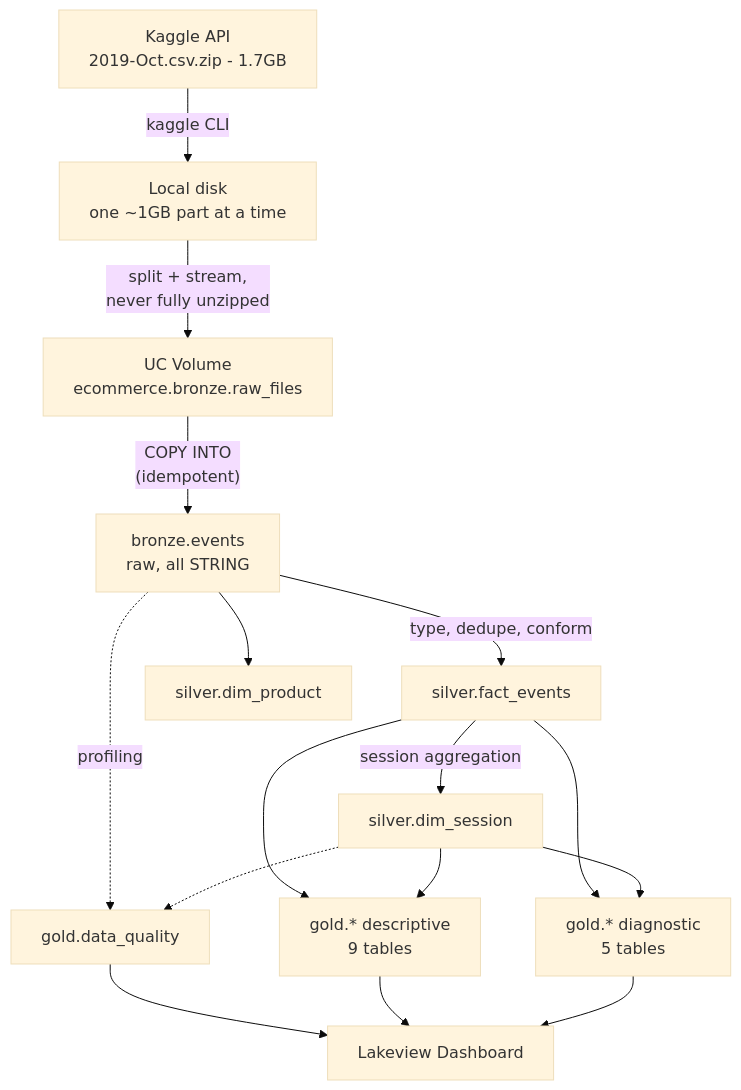
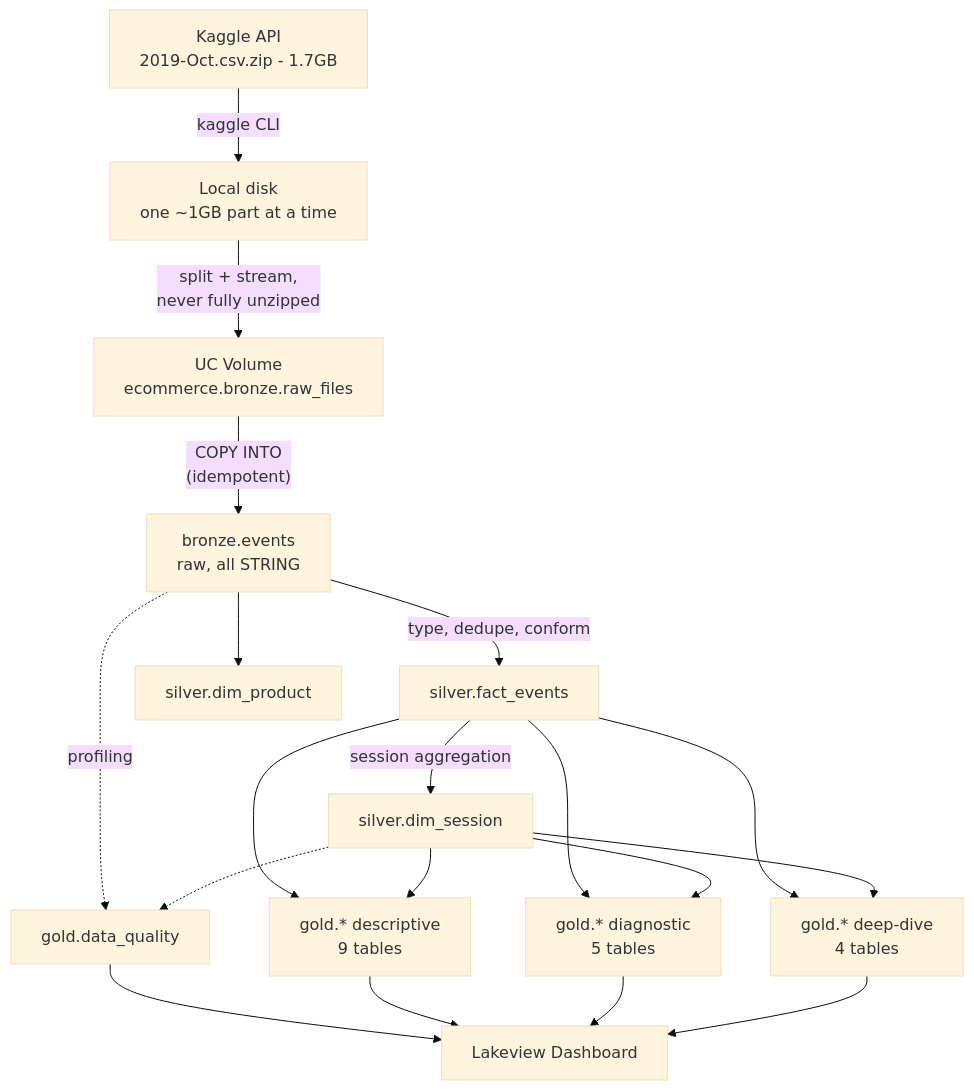
One commit to drdhavaltrivedi/ecommerce-databricks-lakehouse changed the first of 3 diagrams in README.md. Above: the diagram before and after it, drawn with Mermaid (base theme). The commit also changed other lines of this file and 3 other files, not shown here.

````diff
--- a/README.md
+++ b/README.md
@@ -115,30 +116,34 @@
 ```mermaid
 flowchart TD
     K["Kaggle API<br/>2019-Oct.csv.zip - 1.7GB"]
     L["Local disk<br/>one ~1GB part at a time"]
     V["UC Volume<br/>ecommerce.bronze.raw_files"]
     B["bronze.events<br/>raw, all STRING"]
     S1["silver.fact_events"]
     S2["silver.dim_product"]
     S3["silver.dim_session"]
     G["gold.* descriptive<br/>9 tables"]
     O["gold.* diagnostic<br/>5 tables"]
+    DD["gold.* deep-dive<br/>4 tables"]
     D["Lakeview Dashboard"]
     Q["gold.data_quality"]
 
     K -->|"kaggle CLI"| L
     L -->|"split + stream,<br/>never fully unzipped"| V
     V -->|"COPY INTO<br/>(idempotent)"| B
     B -->|"type, dedupe, conform"| S1
     B --> S2
     S1 -->|"session aggregation"| S3
     S1 --> G
     S3 --> G
     S1 --> O
     S3 --> O
+    S1 --> DD
+    S3 --> DD
     B -.->|"profiling"| Q
     S3 -.-> Q
     Q --> D
     G --> D
     O --> D
+    DD --> D
 ```
````
